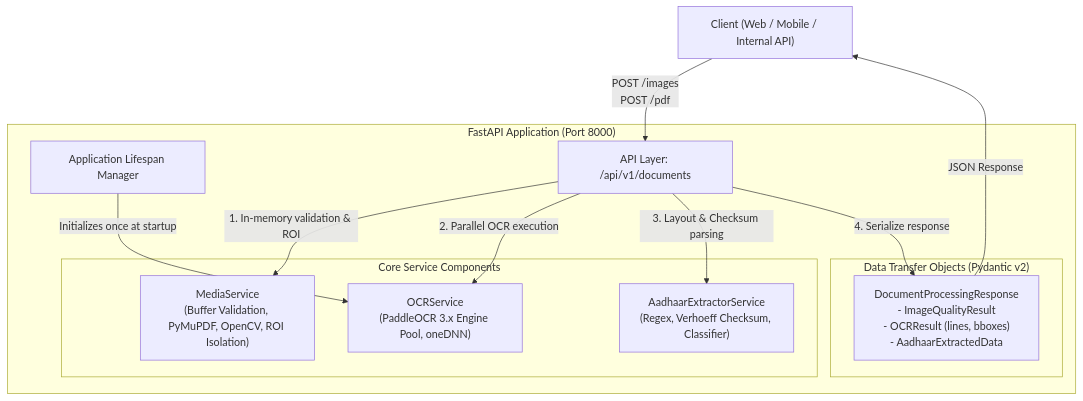
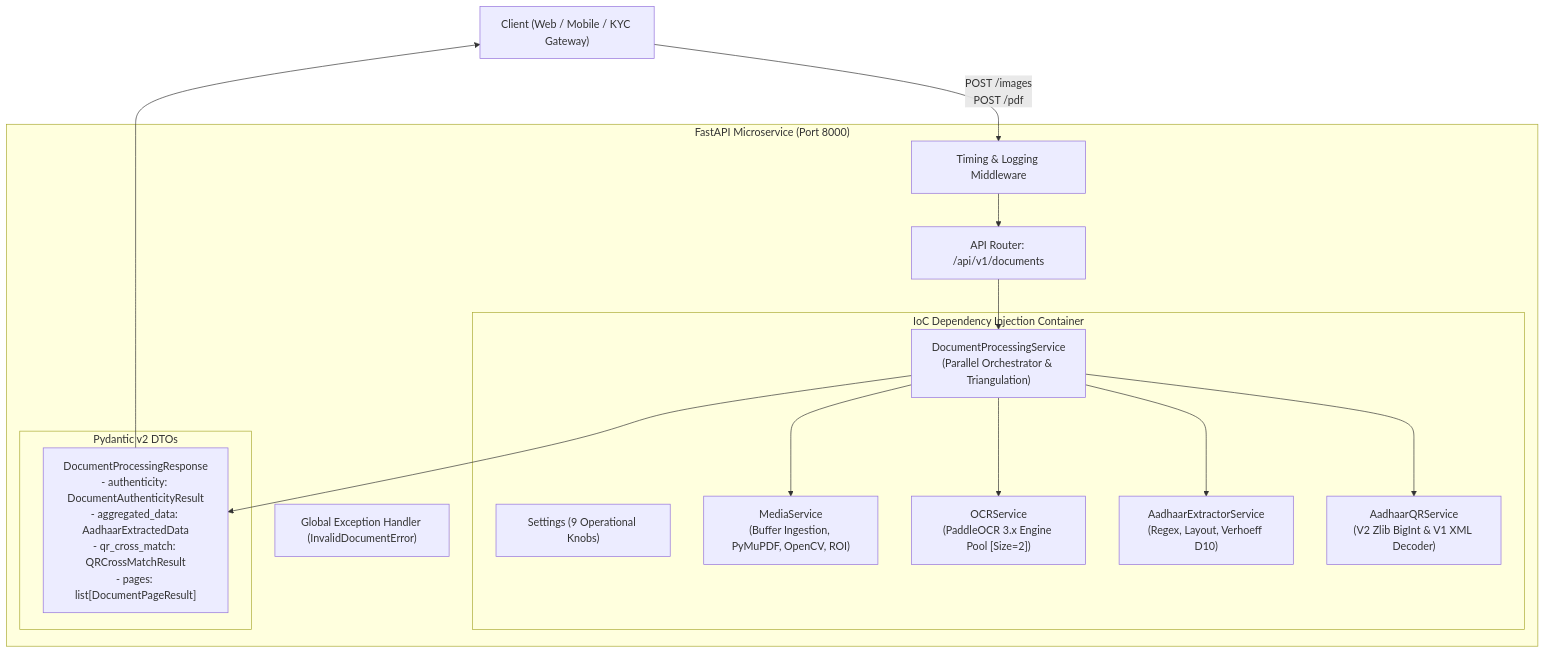
One commit to sahilmankar/AadharExtraction changed the first of 2 diagrams in ARCHITECTURE.md. Above: the diagram before and after it, drawn with Mermaid. The commit also changed other lines of this file and 18 other files, not shown here.

````diff
--- a/ARCHITECTURE.md
+++ b/ARCHITECTURE.md
@@ -20,27 +20,33 @@
 ```mermaid
 flowchart TD
-    Client["Client (Web / Mobile / Internal API)"]
-    
-    subgraph FastAPI_Application["FastAPI Application (Port 8000)"]
-        Lifespan["Application Lifespan Manager"]
-        Routes["API Layer: /api/v1/documents"]
-        
-        subgraph Services["Core Service Components"]
-            MediaSvc["MediaService\n(Buffer Validation, PyMuPDF, OpenCV, ROI Isolation)"]
-            OCRSvc["OCRService\n(PaddleOCR 3.x Engine Pool, oneDNN)"]
-            ExtractSvc["AadhaarExtractorService\n(Regex, Verhoeff Checksum, Classifier)"]
+    Client["Client (Web / Mobile / KYC Gateway)"]
+
+    subgraph FastAPI_App["FastAPI Microservice (Port 8000)"]
+        Middleware["Timing & Logging Middleware"]
+        Router["API Router: /api/v1/documents"]
+        ErrorHandler["Global Exception Handler (InvalidDocumentError)"]
+
+        subgraph DI_Container["IoC Dependency Injection Container"]
+            Config["Settings (9 Operational Knobs)"]
+            MediaSvc["MediaService\n(Buffer Ingestion, PyMuPDF, OpenCV, ROI)"]
+            OCRPool["OCRService\n(PaddleOCR 3.x Engine Pool [Size=2])"]
+            ExtrSvc["AadhaarExtractorService\n(Regex, Layout, Verhoeff D10)"]
+            QRSvc["AadhaarQRService\n(V2 Zlib BigInt & V1 XML Decoder)"]
+            ProcSvc["DocumentProcessingService\n(Parallel Orchestrator & Triangulation)"]
         end
-        
-        subgraph Schemas["Data Transfer Objects (Pydantic v2)"]
-            SchemasDoc["DocumentProcessingResponse\n- ImageQualityResult\n- OCRResult (lines, bboxes)\n- AadhaarExtractedData"]
+
+        subgraph Schemas["Pydantic v2 DTOs"]
+            Resp["DocumentProcessingResponse\n- authenticity: DocumentAuthenticityResult\n- aggregated_data: AadhaarExtractedData\n- qr_cross_match: QRCrossMatchResult\n- pages: list[DocumentPageResult]"]
         end
     end
 
-    Client -->|"POST /images\nPOST /pdf"| Routes
-    Lifespan -->|"Initializes once at startup"| OCRSvc
-    Routes -->|"1. In-memory validation & ROI"| MediaSvc
-    Routes -->|"2. Parallel OCR execution"| OCRSvc
-    Routes -->|"3. Layout & Checksum parsing"| ExtractSvc
-    Routes -->|"4. Serialize response"| SchemasDoc
-    SchemasDoc -->|"JSON Response"| Client
+    Client -->|"POST /images\nPOST /pdf"| Middleware
+    Middleware --> Router
+    Router --> ProcSvc
+    ProcSvc --> MediaSvc
+    ProcSvc --> OCRPool
+    ProcSvc --> ExtrSvc
+    ProcSvc --> QRSvc
+    ProcSvc --> Resp
+    Resp --> Client
 ```
````
